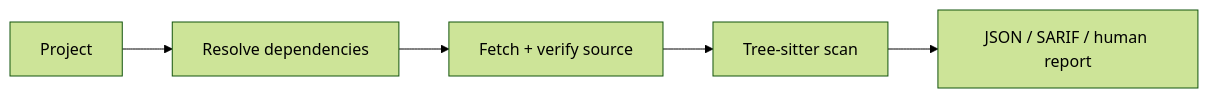
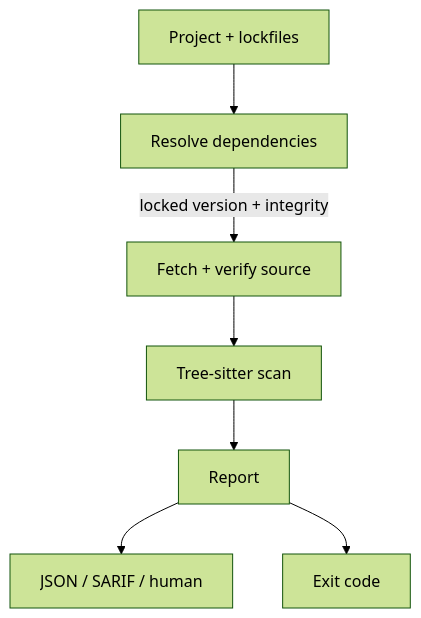
The diagram in README.md (ocku/chainsec), drawn with Mermaid (forest theme) before and after one commit.

Commit message:
Balance README diagram detail

````diff
--- a/README.md
+++ b/README.md
@@ -52,7 +52,9 @@
 ```mermaid
-graph LR
-    A[Project] --> B[Resolve dependencies]
-    B --> C[Fetch + verify source]
+graph TD
+    A[Project + lockfiles] --> B[Resolve dependencies]
+    B -->|locked version + integrity| C[Fetch + verify source]
     C --> D[Tree-sitter scan]
-    D --> E[JSON / SARIF / human report]
+    D --> E[Report]
+    E --> F[JSON / SARIF / human]
+    E --> G[Exit code]
 ```
````
